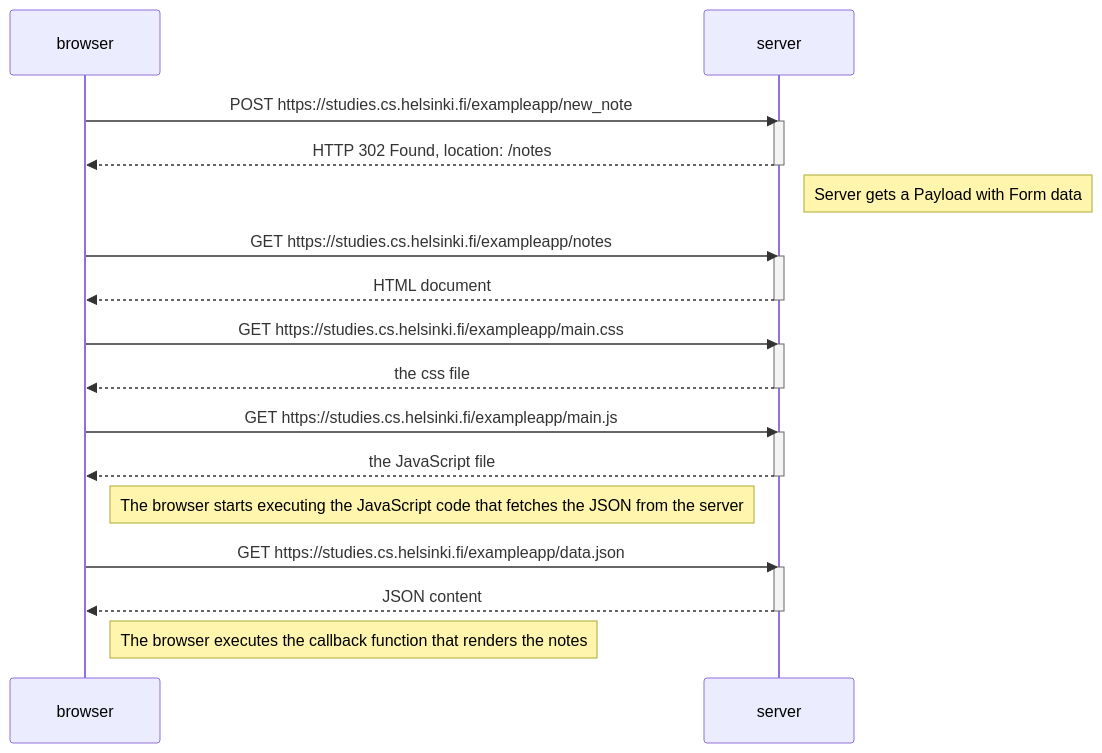
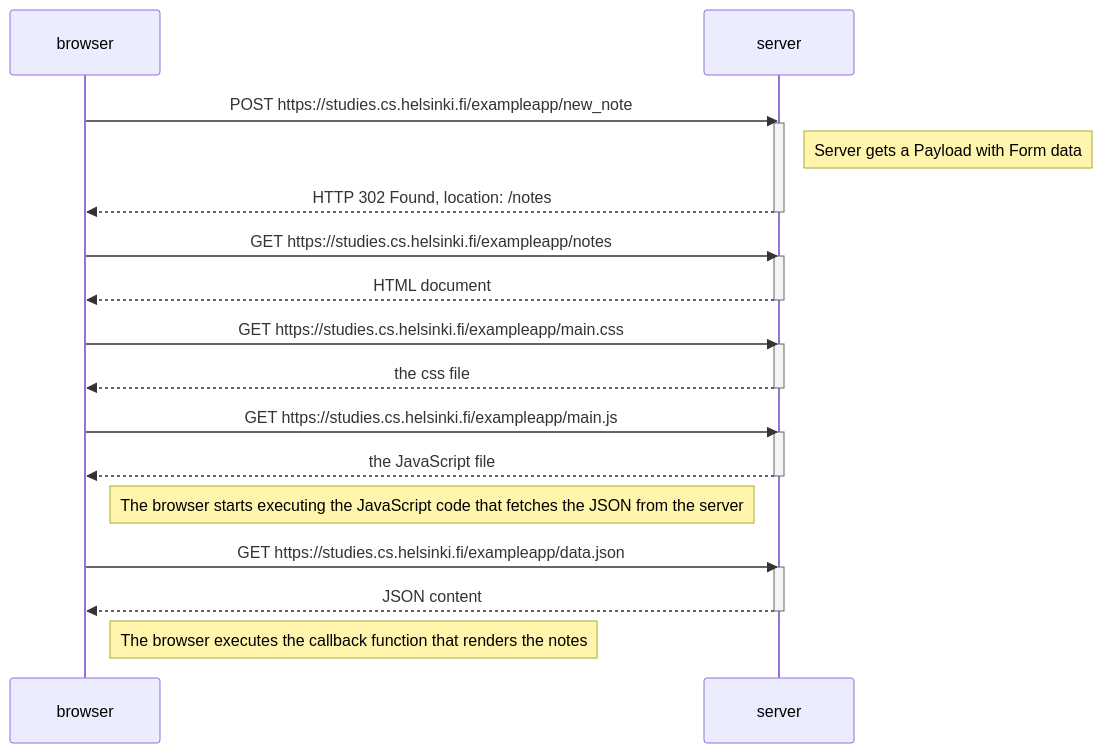
The diagram in excercise4.md (TheWatermelonBird/FullStackOpen), drawn with Mermaid before and after one commit.

Commit message:
excercise4.md refactoring

````diff
--- a/excercise4.md
+++ b/excercise4.md
@@ -1,36 +1,37 @@
 ```mermaid
 sequenceDiagram
     participant browser
     participant server
 
     browser->>server: POST https://studies.cs.helsinki.fi/exampleapp/new_note
     activate server
+
+    Note right of server: Server gets a Payload with Form data
+
     server-->>browser: HTTP 302 Found, location: /notes
     deactivate server
-
-    Note right of server: Server gets a Payload with Form data
 
     browser->>server: GET https://studies.cs.helsinki.fi/exampleapp/notes
     activate server
     server-->>browser: HTML document
     deactivate server
 
     browser->>server: GET https://studies.cs.helsinki.fi/exampleapp/main.css
     activate server
     server-->>browser: the css file
     deactivate server
 
     browser->>server: GET https://studies.cs.helsinki.fi/exampleapp/main.js
     activate server
     server-->>browser: the JavaScript file
     deactivate server
 
     Note right of browser: The browser starts executing the JavaScript code that fetches the JSON from the server
 
     browser->>server: GET https://studies.cs.helsinki.fi/exampleapp/data.json
     activate server
     server-->>browser: JSON content
     deactivate server
 
     Note right of browser: The browser executes the callback function that renders the notes
 ```
````
